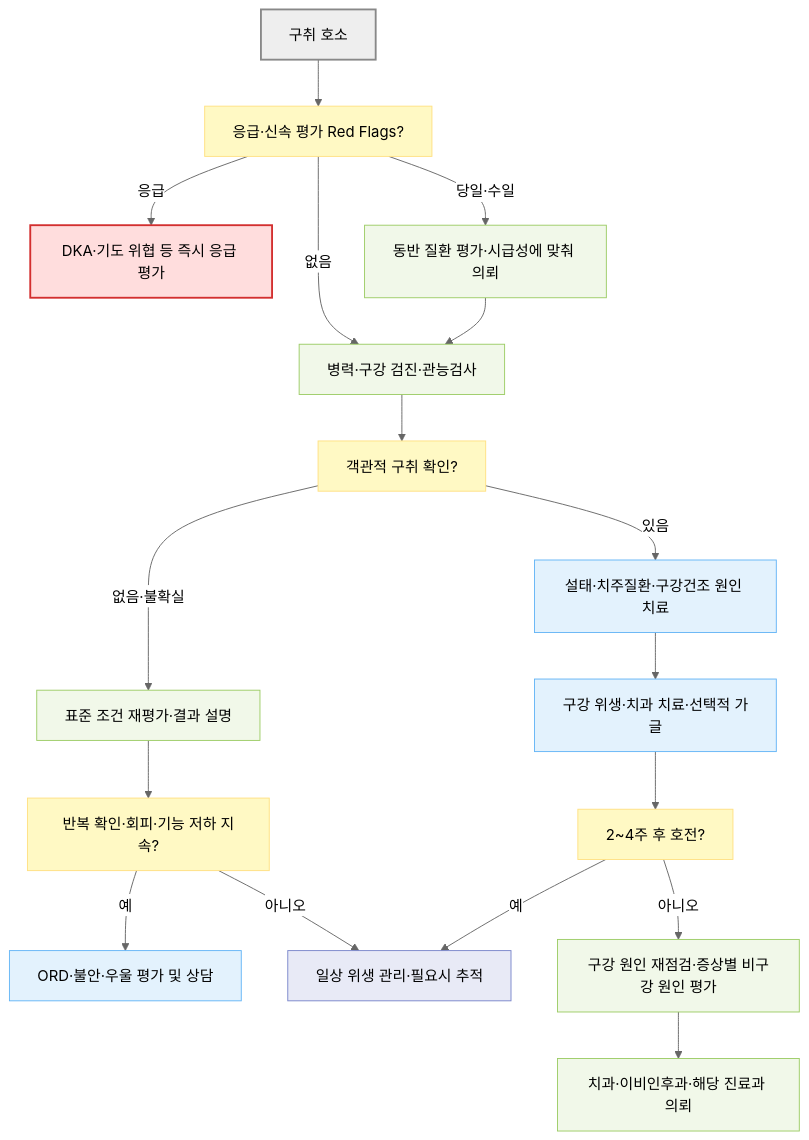
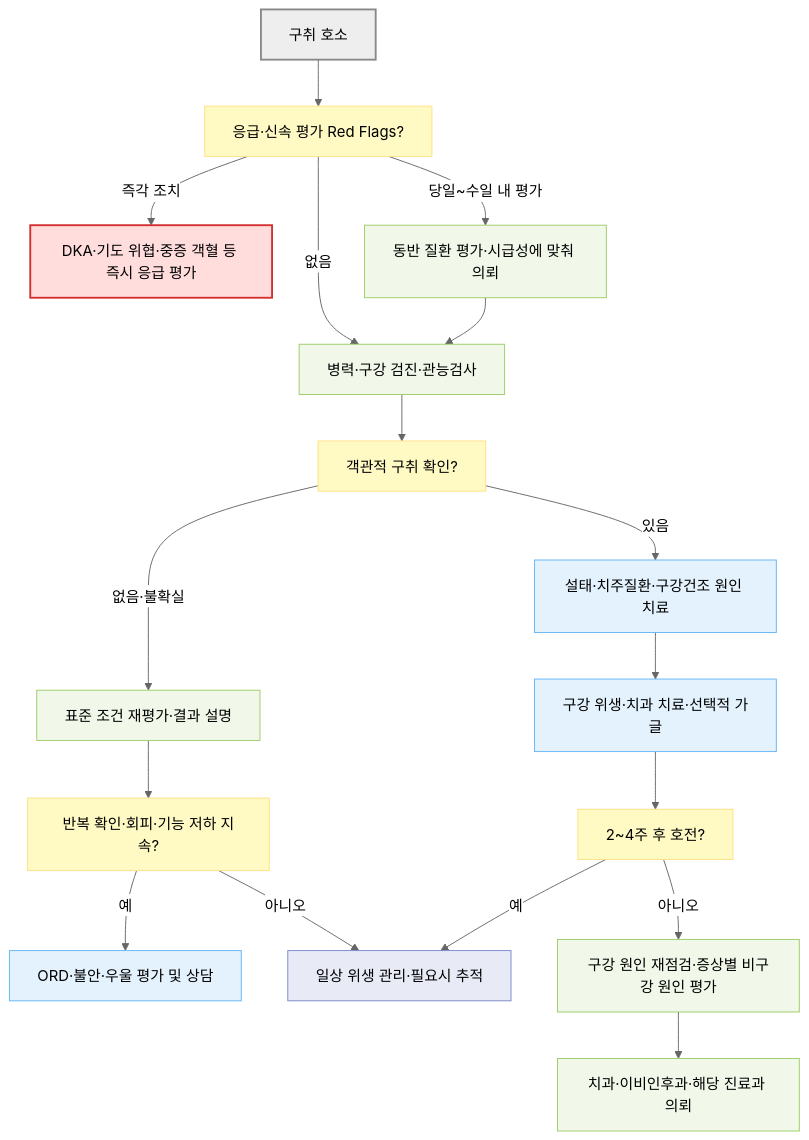
The diagram in 220_/004_-halitosis-bad-breath.md (familyoh77/familyoh77), drawn with Mermaid (neutral theme) before and after one commit. The commit also changed other lines of this file, not shown here.

````diff
--- a/220_/004_-halitosis-bad-breath.md
+++ b/220_/004_-halitosis-bad-breath.md
@@ -166,32 +170,32 @@
 ```mermaid
 flowchart TD
     A["구취 호소"] --> B["응급·신속 평가 Red Flags?"]
-    B -- "응급" --> C["DKA·기도 위협 등 즉시 응급 평가"]
-    B -- "당일·수일" --> D["동반 질환 평가·시급성에 맞춰 의뢰"]
+    B -- "즉각 조치" --> C["DKA·기도 위협·중증 객혈 등 즉시 응급 평가"]
+    B -- "당일~수일 내 평가" --> D["동반 질환 평가·시급성에 맞춰 의뢰"]
     B -- "없음" --> E["병력·구강 검진·관능검사"]
     D --> E
     E --> F["객관적 구취 확인?"]
     F -- "없음·불확실" --> G["표준 조건 재평가·결과 설명"]
     G --> H["반복 확인·회피·기능 저하 지속?"]
     H -- "예" --> I["ORD·불안·우울 평가 및 상담"]
     H -- "아니오" --> J["일상 위생 관리·필요시 추적"]
     F -- "있음" --> K["설태·치주질환·구강건조 원인 치료"]
     K --> L["구강 위생·치과 치료·선택적 가글"]
     L --> M["2~4주 후 호전?"]
     M -- "예" --> J
     M -- "아니오" --> N["구강 원인 재점검·증상별 비구강 원인 평가"]
     N --> O["치과·이비인후과·해당 진료과 의뢰"]
 
     classDef start fill:#eeeeee,stroke:#888888,stroke-width:2px
     classDef question fill:#fff9c4,stroke:#ffe082
     classDef emergency fill:#ffdddd,stroke:#d32f2f,stroke-width:2px
     classDef evaluation fill:#f1f8e9,stroke:#9ccc65
     classDef treatment fill:#e3f2fd,stroke:#64b5f6
     classDef followup fill:#e8eaf6,stroke:#7986cb
     class A start
     class B,F,H,M question
     class C emergency
     class D,E,G,N,O evaluation
     class I,K,L treatment
     class J followup
 ```
````
